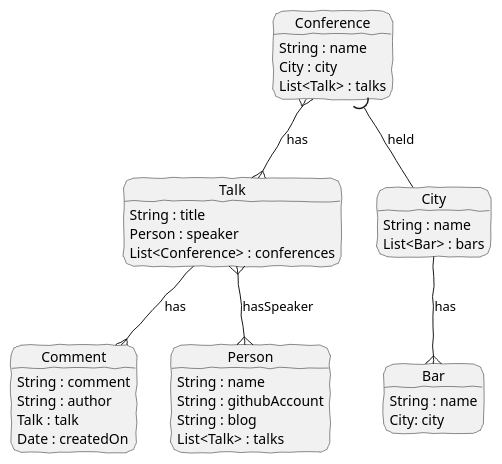
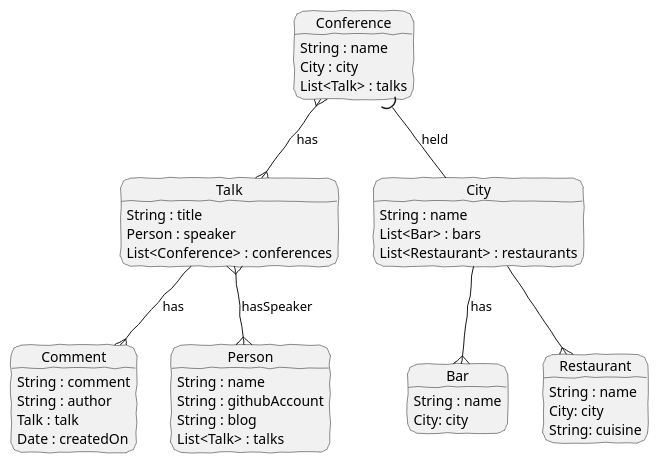
The diagram in doc/model.plantuml (npalm/graphql-prisma-yoga-demo), drawn with PlantUML before and after one commit. The commit also changed 5 other files, not shown here.

```diff
--- a/doc/model.plantuml
+++ b/doc/model.plantuml
@@ -1,56 +1,64 @@
 @startuml
 hide footbox
 skinparam roundcorner 20
 skinparam handwritten true
 skinparam backgroundcolor transparent
+skinparam minClassWidth 100
 
 skinparam note {
   FontName Impact
 }
 
 
 object Comment {
     String : comment
     String : author
     Talk : talk
     Date : createdOn
 }
 
 object Talk {
     String : title
     Person : speaker
     List<Conference> : conferences
 }
 
 object Person {
     String : name
     String : githubAccount
     String : blog
     List<Talk> : talks
 }
 
 object Conference {
     String : name
     City : city
     List<Talk> : talks
 }
 
+
 object City {
     String : name
     List<Bar> : bars
+    List<Restaurant> : restaurants
 }
 
 object Bar {
     String : name
     City: city
 }
 
+object Restaurant {
+    String : name
+    City: city
+    String: cuisine
+}
 
 
 Conference }--{ Talk : has
 Conference )-- City : held
 Talk --{ Comment : has
 Talk }--{ Person : hasSpeaker
 City --{ Bar : has
-
+City --{ Restaurant
 @enduml
```
